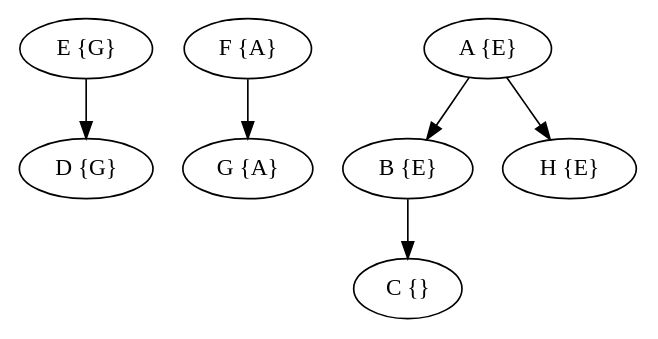
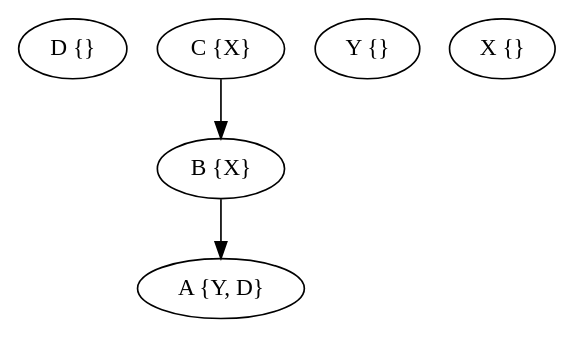
One commit to GiovA07/Pointer_Analysis changed the diagram in output/grafo.dot. Above: the diagram before and after it, drawn with Graphviz. The commit also changed 6 other files, not shown here.

```diff
--- a/output/grafo.dot
+++ b/output/grafo.dot
@@ -1,16 +1,11 @@
 digraph{
 rankdir=TB;
-D [label="D {G}"];
-F [label="F {A}"];
-A [label="A {E}"];
-B [label="B {E}"];
-G [label="G {A}"];
-E [label="E {G}"];
-C [label="C {}"];
-H [label="H {E}"];
-F -> G;
-A -> B;
-A -> H;
-B -> C;
-E -> D;
+D [label="D {}"];
+A [label="A {Y, D}"];
+Y [label="Y {}"];
+B [label="B {X}"];
+X [label="X {}"];
+C [label="C {X}"];
+B -> A;
+C -> B;
 }
```
